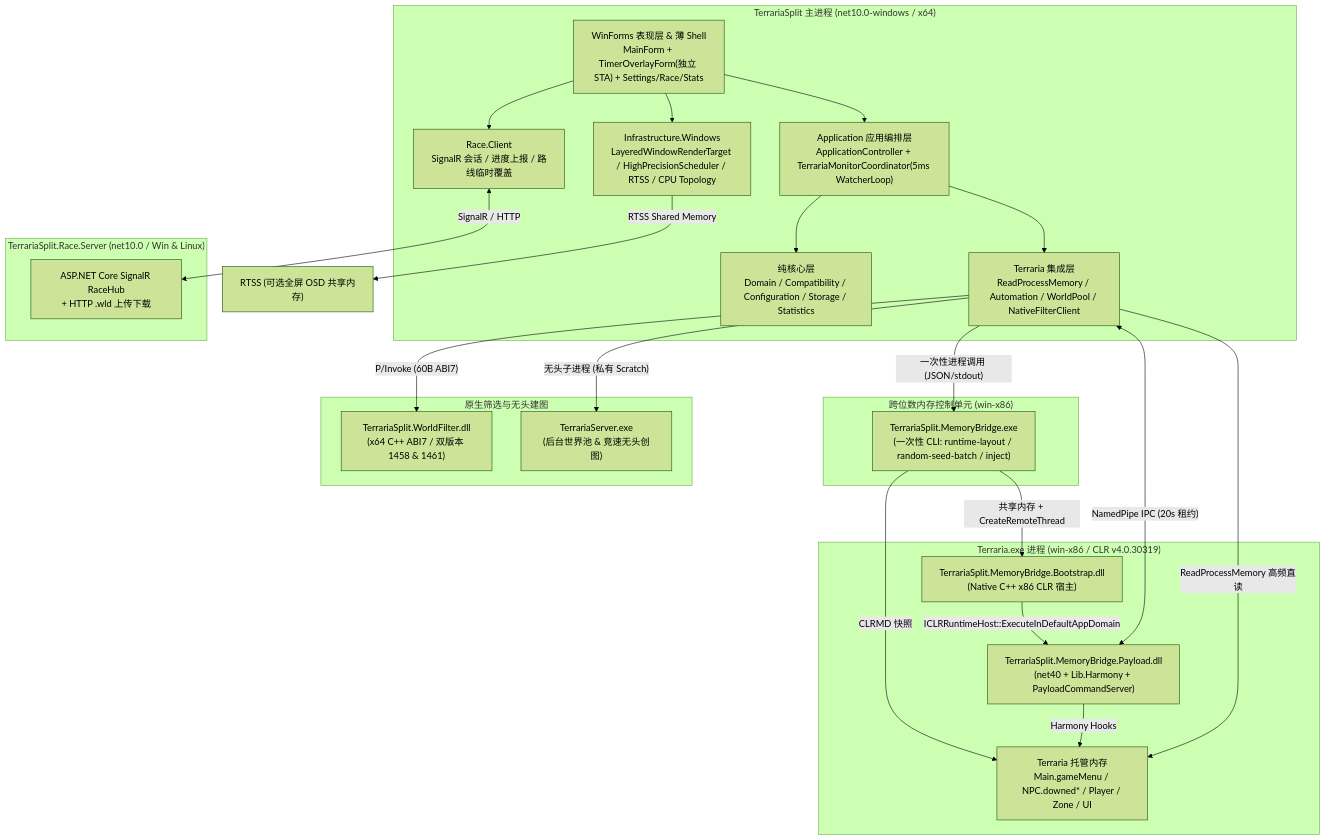
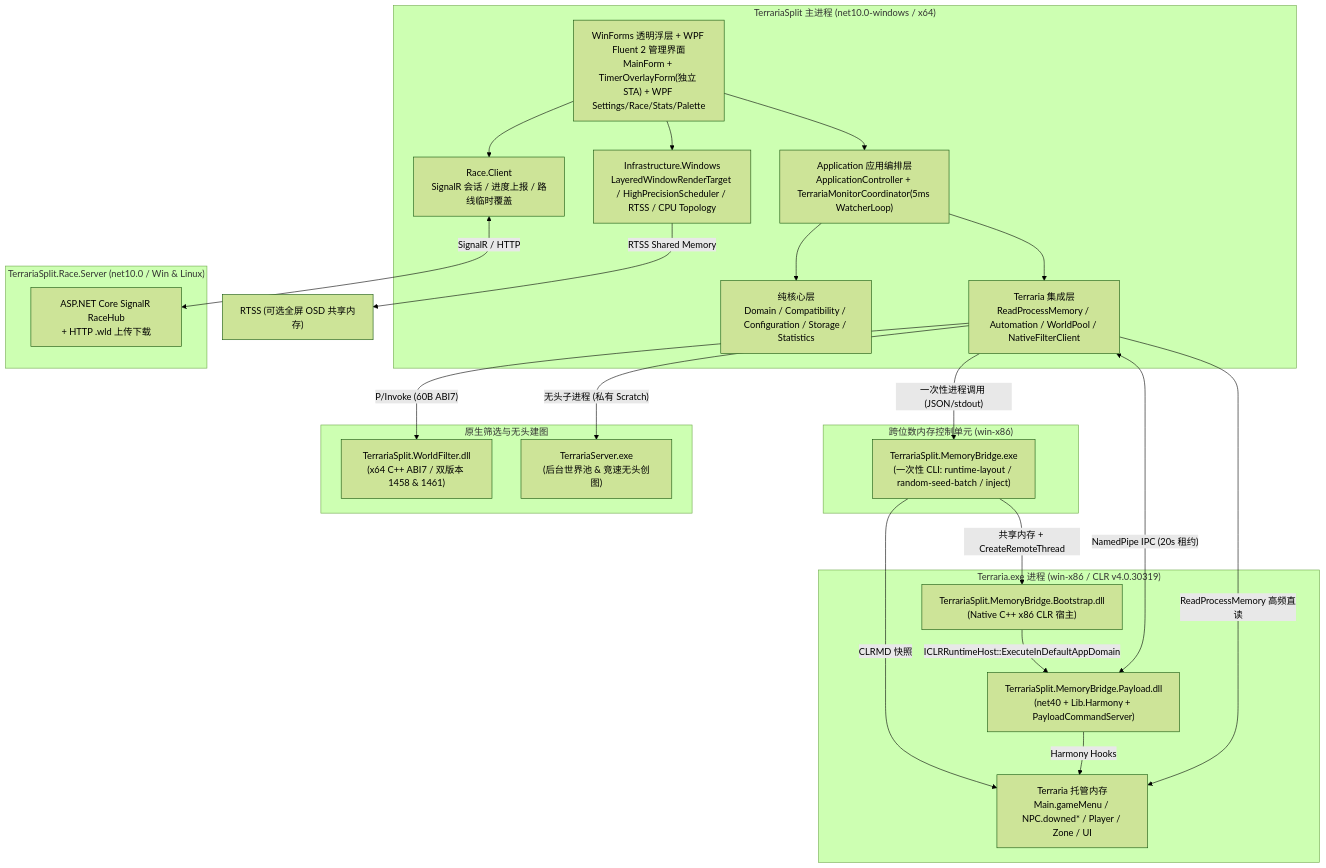
One commit to 0x000005/TerrariaSplit changed the first of 5 diagrams in docs/ARCHITECTURE.md. Above: the diagram before and after it, drawn with Mermaid (forest theme). The commit also changed other lines of this file and 120 other files, not shown here.

````diff
--- a/docs/ARCHITECTURE.md
+++ b/docs/ARCHITECTURE.md
@@ -12,49 +12,49 @@
 ```mermaid
 flowchart TB
     subgraph Client["TerrariaSplit 主进程 (net10.0-windows / x64)"]
-        UI["WinForms 表现层 & 薄 Shell<br/>MainForm + TimerOverlayForm(独立 STA) + Settings/Race/Stats"]
+        UI["WinForms 透明浮层 + WPF Fluent 2 管理界面<br/>MainForm + TimerOverlayForm(独立 STA) + WPF Settings/Race/Stats/Palette"]
         APP["Application 应用编排层<br/>ApplicationController + TerrariaMonitorCoordinator(5ms WatcherLoop)"]
         CORE["纯核心层<br/>Domain / Compatibility / Configuration / Storage / Statistics"]
         TERR["Terraria 集成层<br/>ReadProcessMemory / Automation / WorldPool / NativeFilterClient"]
         RC["Race.Client<br/>SignalR 会话 / 进度上报 / 路线临时覆盖"]
         INFRA["Infrastructure.Windows<br/>LayeredWindowRenderTarget / HighPrecisionScheduler / RTSS / CPU Topology"]
     end
 
     subgraph Bridge["跨位数内存控制单元 (win-x86)"]
         MB["TerrariaSplit.MemoryBridge.exe<br/>(一次性 CLI: runtime-layout / random-seed-batch / inject)"]
     end
 
     subgraph Game["Terraria.exe 进程 (win-x86 / CLR v4.0.30319)"]
         BS["TerrariaSplit.MemoryBridge.Bootstrap.dll<br/>(Native C++ x86 CLR 宿主)"]
         PL["TerrariaSplit.MemoryBridge.Payload.dll<br/>(net40 + Lib.Harmony + PayloadCommandServer)"]
         GSTATE["Terraria 托管内存<br/>Main.gameMenu / NPC.downed* / Player / Zone / UI"]
     end
 
     subgraph Native["原生筛选与无头建图"]
         DLL["TerrariaSplit.WorldFilter.dll<br/>(x64 C++ ABI7 / 双版本 1458 & 1461)"]
         TSRV["TerrariaServer.exe<br/>(后台世界池 & 竞速无头创图)"]
     end
 
     subgraph Server["TerrariaSplit.Race.Server (net10.0 / Win & Linux)"]
         HUB["ASP.NET Core SignalR RaceHub<br/>+ HTTP .wld 上传下载"]
     end
 
     RTSS["RTSS (可选全屏 OSD 共享内存)"]
 
     UI --> APP
     UI --> RC
     UI --> INFRA
     APP --> CORE
     APP --> TERR
     TERR -->|"一次性进程调用 (JSON/stdout)"| MB
     MB -->|"CLRMD 快照"| GSTATE
     MB -->|"共享内存 + CreateRemoteThread"| BS
     BS -->|"ICLRRuntimeHost::ExecuteInDefaultAppDomain"| PL
     PL -->|"Harmony Hooks"| GSTATE
     TERR <-->|"NamedPipe IPC (20s 租约)"| PL
     TERR -->|"ReadProcessMemory 高频直读"| GSTATE
     TERR -->|"P/Invoke (60B ABI7)"| DLL
     TERR -->|"无头子进程 (私有 Scratch)"| TSRV
     RC <-->|"SignalR / HTTP"| HUB
     INFRA -->|"RTSS Shared Memory"| RTSS
 ```
````
